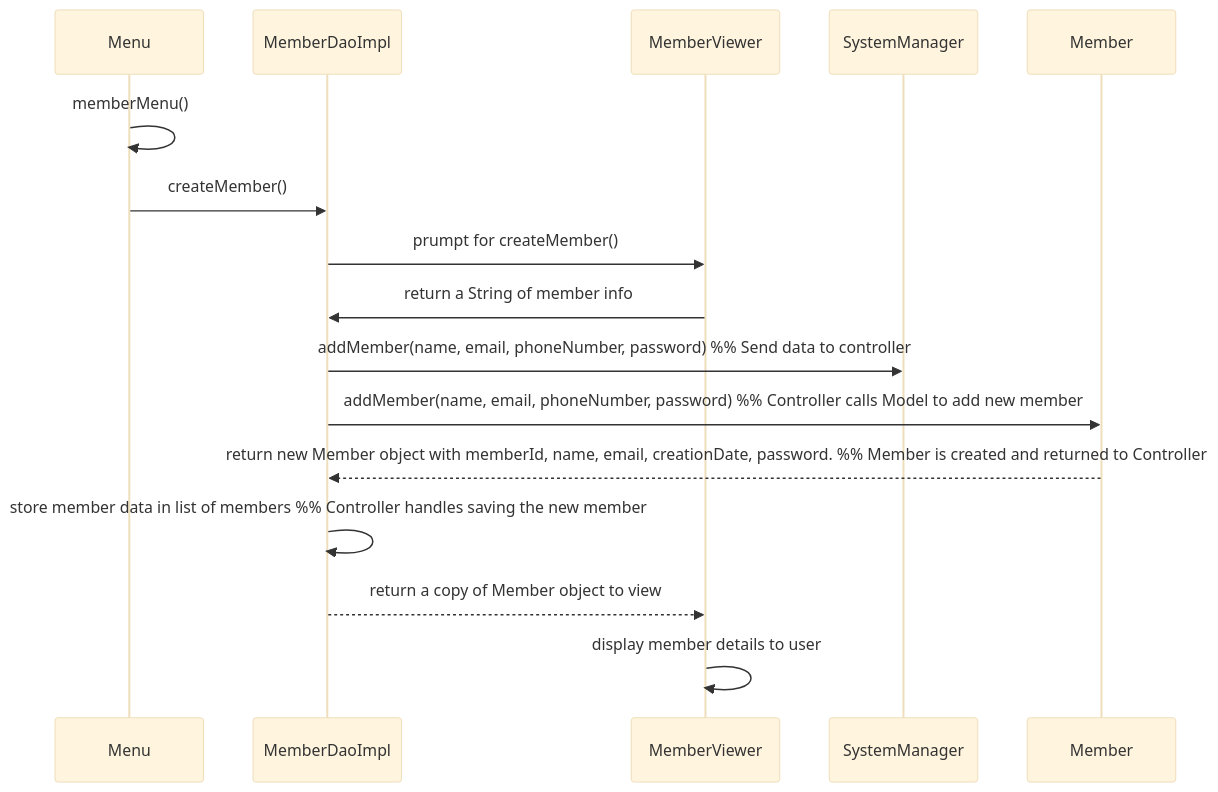
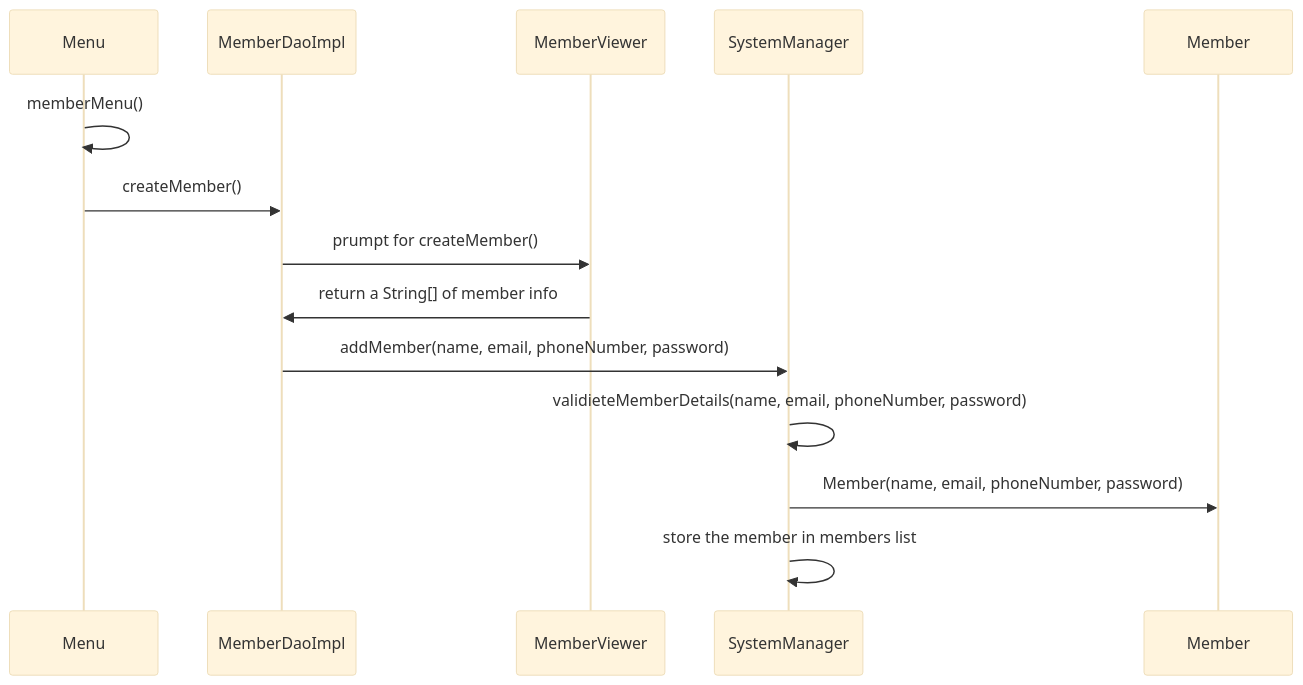
One commit to ashkar99/Stuff-Lending-System changed the fifth of 5 diagrams in design.md. Above: the diagram before and after it, drawn with Mermaid (base theme).

Commit message:
Update file design.md

`````diff
--- a/design.md
+++ b/design.md
@@ -413,23 +413,19 @@
 ```mermaid
 sequenceDiagram
     participant Menu as Menu
     participant MC as MemberDaoImpl
     participant MV as MemberViewer
     participant SM as SystemManager
     participant M as Member
     
     %% Scenario: Add a new third member with user input and database interaction
     Menu->>Menu: memberMenu()
     Menu->>MC: createMember()
     MC->>MV: prumpt for createMember()
-    MV->>MC: return a String of member info
-    MC->>SM: addMember(name, email, phoneNumber, password)  %% Send data to controller
+    MV->>MC: return a String[] of member info
+    MC->>SM: addMember(name, email, phoneNumber, password) 
+    SM->>SM: validieteMemberDetails(name, email, phoneNumber, password) 
+    SM->>M: Member(name, email, phoneNumber, password)
+    SM->>SM: store the member in members list
 
-    MC->>M: addMember(name, email, phoneNumber, password)   %% Controller calls Model to add new member
-    M-->>MC: return new Member object with memberId, name, email, creationDate, password.  %% Member is created and returned to Controller
-
-    MC->>MC: store member data in list of members  %% Controller handles saving the new member
-    
-    MC-->>MV: return a copy of Member object to view
-    MV->>MV: display member details to user
 ````
`````
